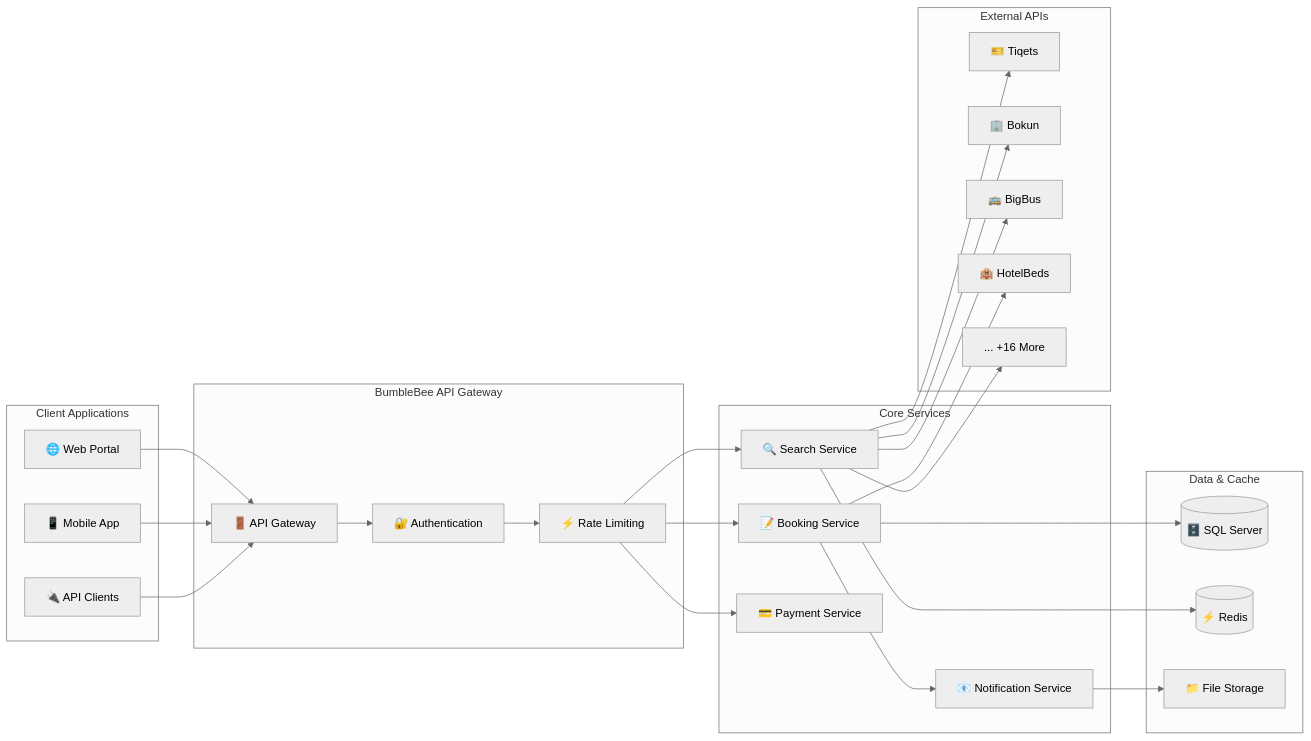
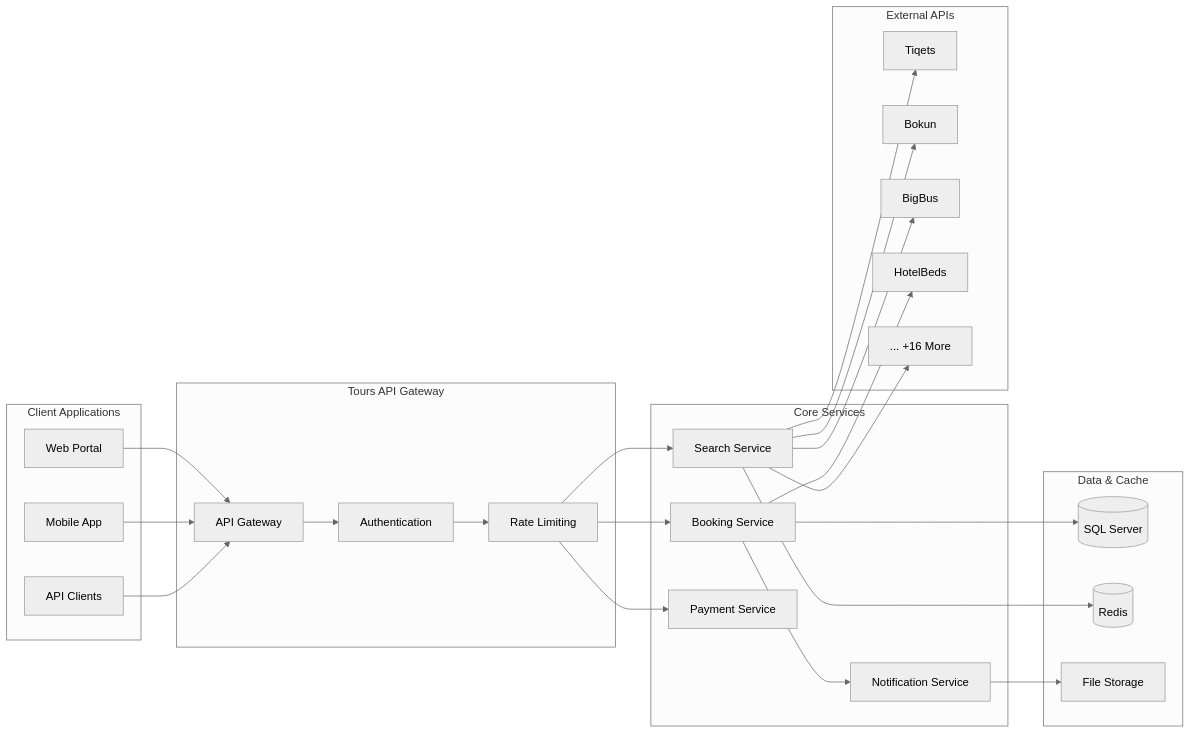
Before and after one commit to sandeepkumar0801/ToursAndActivities: the seventh of 11 diagrams in README.md, drawn with Mermaid (neutral theme). The commit also changed other lines of this file and 3 other files, not shown here.

````diff
--- a/README.md
+++ b/README.md
@@ -746,57 +745,57 @@
 ```mermaid
 graph LR
     subgraph "Client Applications"
-        WEB[🌐 Web Portal]
-        MOBILE[📱 Mobile App]
-        API_CLIENT[🔌 API Clients]
+        WEB[Web Portal]
+        MOBILE[Mobile App]
+        API_CLIENT[API Clients]
     end
 
-    subgraph "BumbleBee API Gateway"
-        GATEWAY[🚪 API Gateway]
-        AUTH[🔐 Authentication]
-        THROTTLE[⚡ Rate Limiting]
+    subgraph "Tours API Gateway"
+        GATEWAY[API Gateway]
+        AUTH[Authentication]
+        THROTTLE[Rate Limiting]
     end
 
     subgraph "Core Services"
-        SEARCH[🔍 Search Service]
-        BOOKING[📝 Booking Service]
-        PAYMENT[💳 Payment Service]
-        NOTIFICATION[📧 Notification Service]
+        SEARCH[Search Service]
+        BOOKING[Booking Service]
+        PAYMENT[Payment Service]
+        NOTIFICATION[Notification Service]
     end
 
     subgraph "Data & Cache"
-        SQLDB[(🗄️ SQL Server)]
-        REDIS[(⚡ Redis)]
-        BLOB[📁 File Storage]
+        SQLDB[(SQL Server)]
+        REDIS[(Redis)]
+        BLOB[File Storage]
     end
 
     subgraph "External APIs"
-        TIQETS[🎫 Tiqets]
-        BOKUN[🏢 Bokun]
-        BIGBUS[🚌 BigBus]
-        HOTELBEDS[🏨 HotelBeds]
+        TIQETS[Tiqets]
+        BOKUN[Bokun]
+        BIGBUS[BigBus]
+        HOTELBEDS[HotelBeds]
         MORE[... +16 More]
     end
 
     WEB --> GATEWAY
     MOBILE --> GATEWAY
     API_CLIENT --> GATEWAY
 
     GATEWAY --> AUTH
     AUTH --> THROTTLE
     THROTTLE --> SEARCH
     THROTTLE --> BOOKING
     THROTTLE --> PAYMENT
 
     SEARCH --> REDIS
     SEARCH --> TIQETS
     SEARCH --> BOKUN
     SEARCH --> BIGBUS
     SEARCH --> MORE
 
     BOOKING --> SQLDB
     BOOKING --> HOTELBEDS
     BOOKING --> NOTIFICATION
 
     NOTIFICATION --> BLOB
 ```
````
